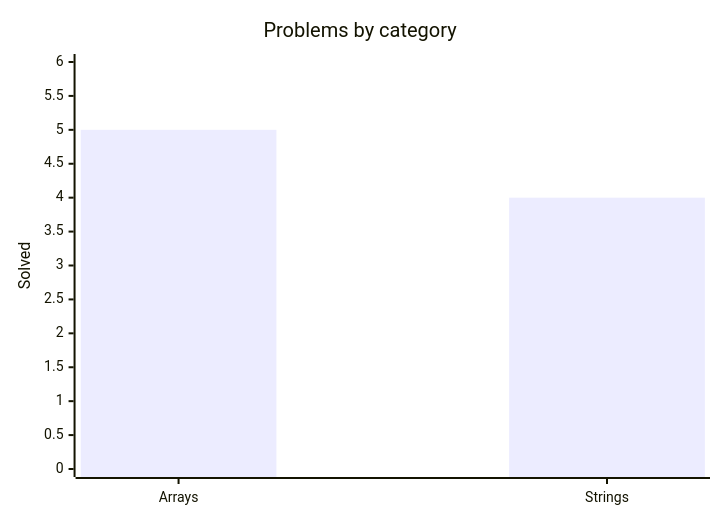
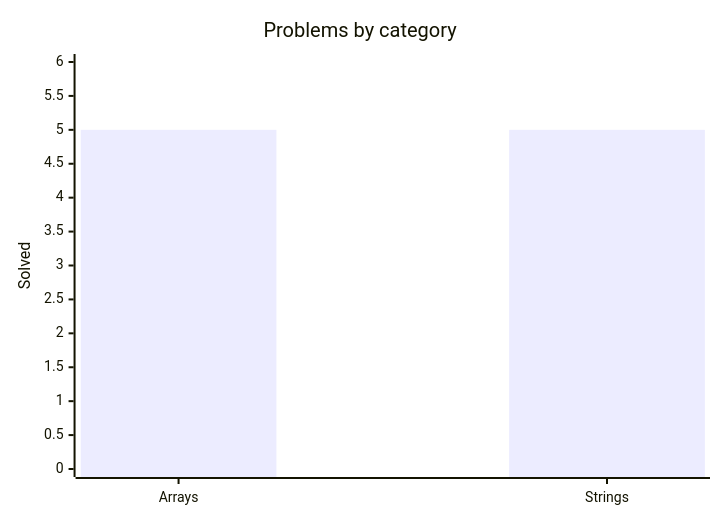
Before and after one commit to mauli-waghmore/data-structures-algorithms-kotlin: the diagram in README.md, drawn with Mermaid. The commit also changed other lines of this file and 1 other file, not shown here.

````diff
--- a/README.md
+++ b/README.md
@@ -35,8 +35,8 @@
 ```mermaid
 %%{init: {"xyChart": {"plotColorPalette": "#7F52FF"}}}%%
 xychart-beta
     title "Problems by category"
     x-axis ["Arrays", "Strings"]
     y-axis "Solved" 0 --> 6
-    bar [5, 4]
+    bar [5, 5]
 ```
````
